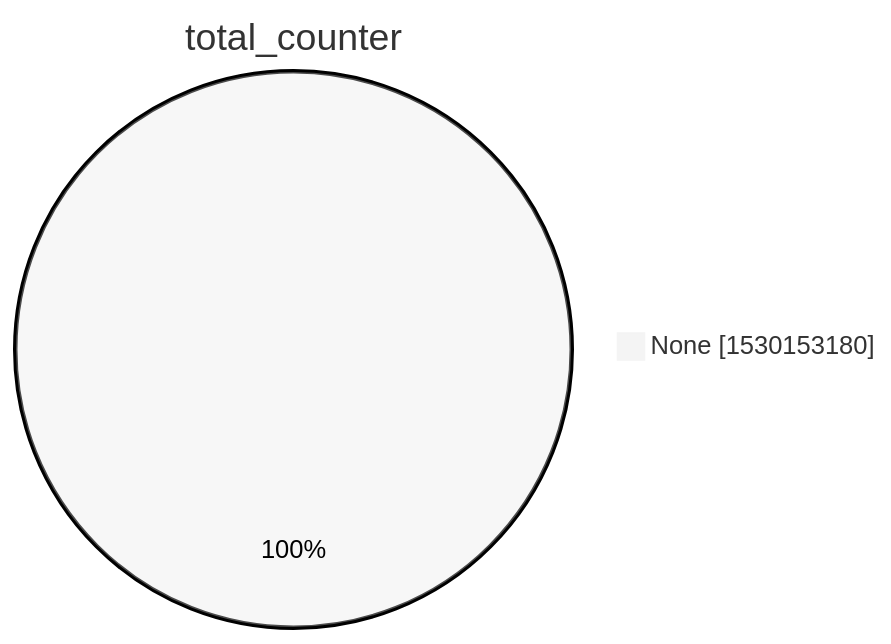
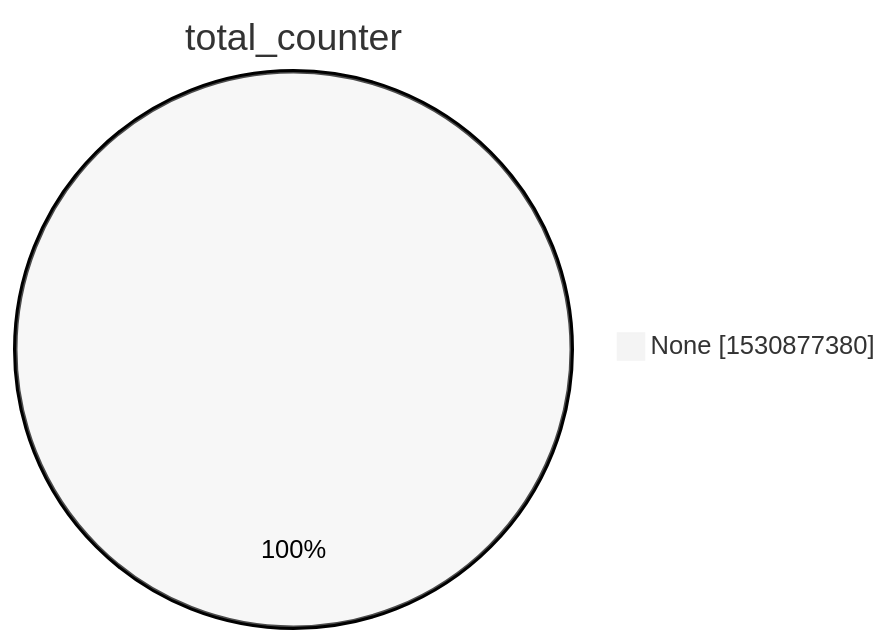
One commit to christiankrug/ctmonitor_visualization changed the second of 15 diagrams in xenon2022/README.md. Above: the diagram before and after it, drawn with Mermaid (neutral theme). The commit also changed other lines of this file, not shown here.

````diff
--- a/xenon2022/README.md
+++ b/xenon2022/README.md
@@ -9,5 +9,5 @@
 ```mermaid
 pie showData
 title total_counter
-"None" :1530153180
+"None" :1530877380
 ```
````
